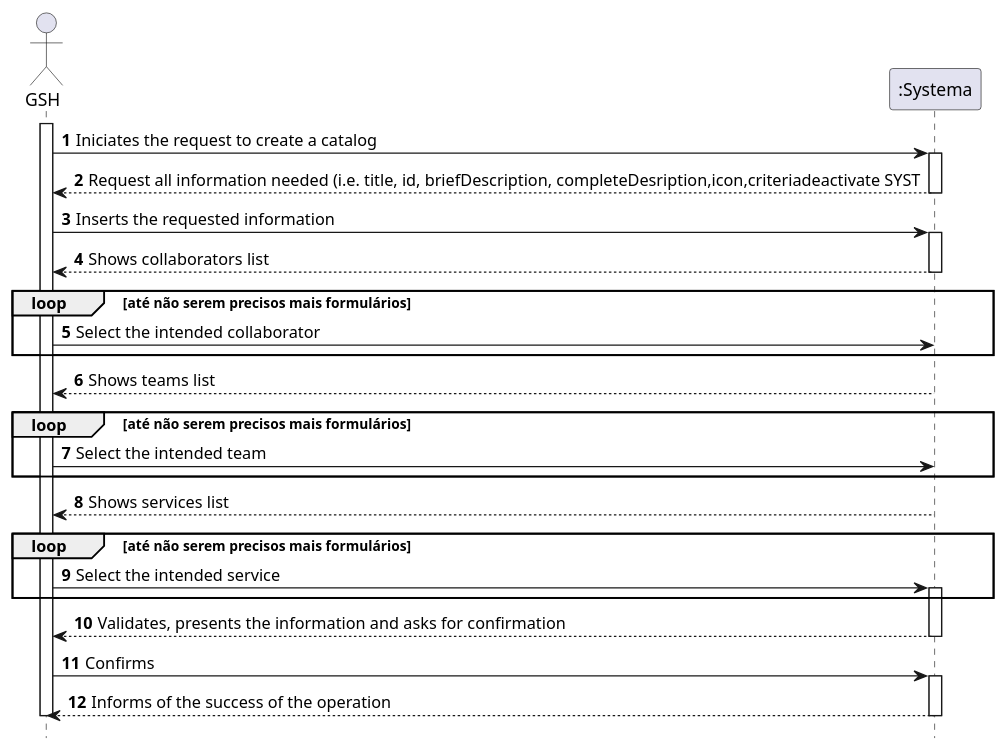
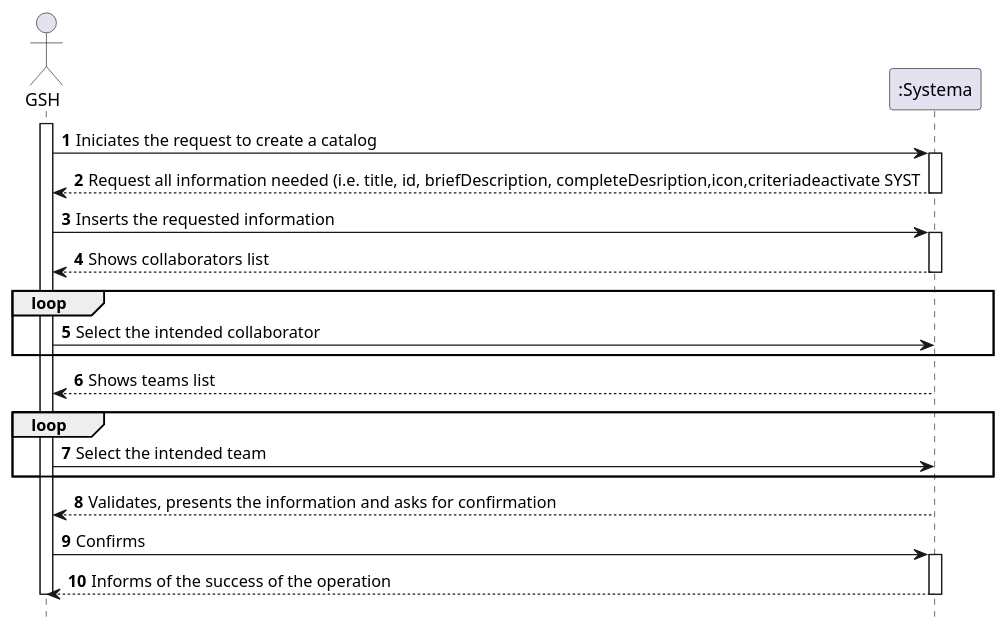
One commit to tiagoavcosta25/LAPR4 changed the diagram in doc/engenharia/SprintB/1190424/US-1-2001_CriarCatalogo/US-1-2001_SSD.puml. Above: the diagram before and after it, drawn with PlantUML. The commit also changed 9 other files, not shown here.

```diff
--- a/doc/engenharia/SprintB/1190424/US-1-2001_CriarCatalogo/US-1-2001_SSD.puml
+++ b/doc/engenharia/SprintB/1190424/US-1-2001_CriarCatalogo/US-1-2001_SSD.puml
@@ -1,46 +1,40 @@
 @startuml
 autonumber
 hide footbox
 
 actor "GSH" as GSH
 
 participant ":Systema" as SYST
 
 activate GSH
 
 GSH-> SYST : Iniciates the request to create a catalog
 activate SYST
 SYST --> GSH: Request all information needed (i.e. title, id, briefDescription, completeDesription,icon,criteriadeactivate SYST
 deactivate SYST
 GSH-> SYST : Inserts the requested information
 activate SYST
 SYST --> GSH: Shows collaborators list
 deactivate SYST
-loop até não serem precisos mais formulários
+loop
 GSH-> SYST : Select the intended collaborator
 end
 activate SYST
 SYST --> GSH: Shows teams list
 deactivate SYST
-loop até não serem precisos mais formulários
+loop
 GSH-> SYST : Select the intended team
 end
-activate SYST
-SYST --> GSH: Shows services list
-deactivate SYST
 
-loop até não serem precisos mais formulários
-GSH-> SYST : Select the intended service
-activate SYST
-end
+
 SYST --> GSH: Validates, presents the information and asks for confirmation
 deactivate SYST
 
 GSH-> SYST : Confirms
 activate SYST
 SYST --> GSH: Informs of the success of the operation
 deactivate SYST
 
 deactivate GSH
 
 @enduml
```
